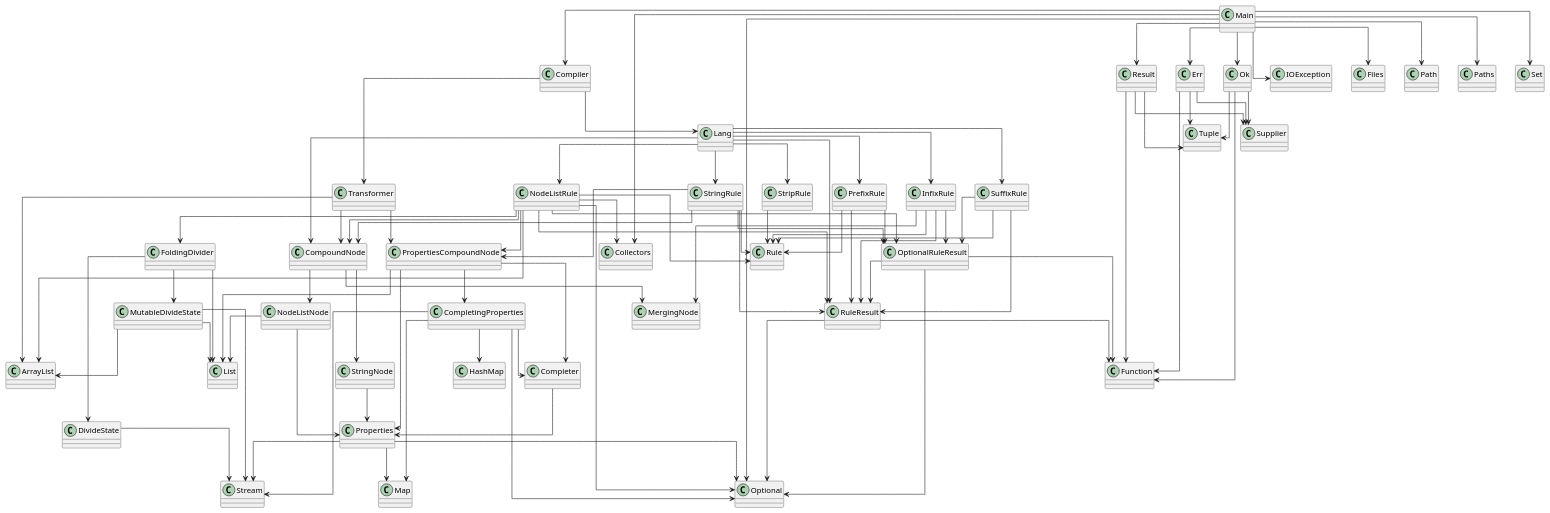
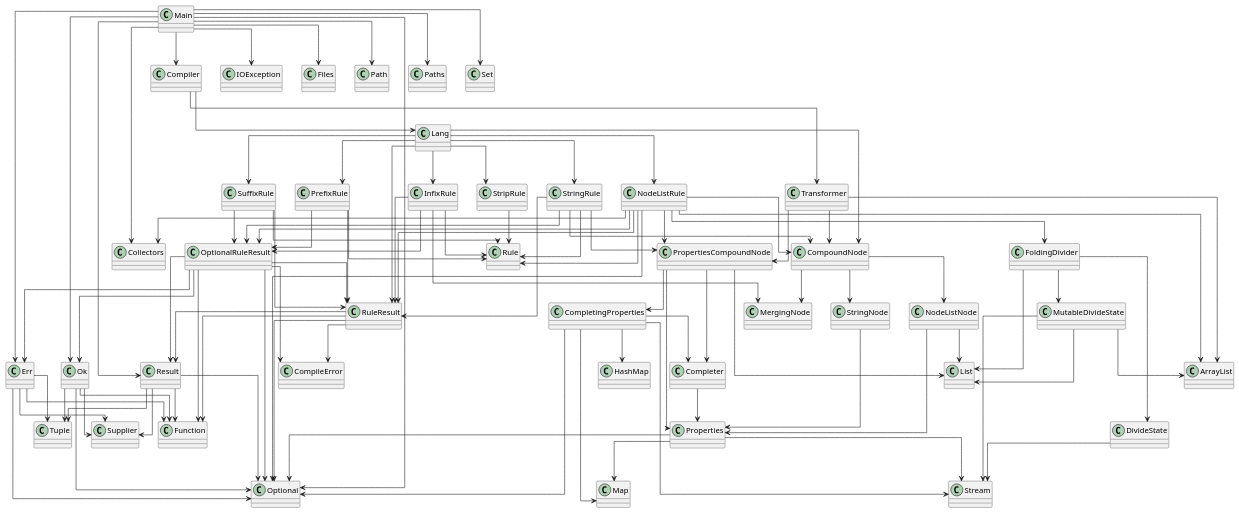
Before and after one commit to SirMathhman/Magma: the diagram in diagram.puml, drawn with PlantUML. The commit also changed 9 other files, not shown here.

Commit message:
Introduce CompileError

```diff
--- a/diagram.puml
+++ b/diagram.puml
@@ -1,120 +1,130 @@
 @startuml
 skinparam linetype ortho
 class Properties
 Properties --> Map
 Properties --> Optional
 Properties --> Stream
 class FoldingDivider
 FoldingDivider --> DivideState
 FoldingDivider --> MutableDivideState
 FoldingDivider --> List
+class CompileError
 class Transformer
 Transformer --> CompoundNode
 Transformer --> PropertiesCompoundNode
 Transformer --> ArrayList
 class Result
 Result --> Tuple
+Result --> Optional
 Result --> Function
 Result --> Supplier
 class DivideState
 DivideState --> Stream
 class InfixRule
 InfixRule --> Rule
 InfixRule --> MergingNode
 InfixRule --> RuleResult
 InfixRule --> OptionalRuleResult
 class NodeListRule
 NodeListRule --> Rule
 NodeListRule --> CompoundNode
 NodeListRule --> PropertiesCompoundNode
 NodeListRule --> FoldingDivider
 NodeListRule --> RuleResult
 NodeListRule --> OptionalRuleResult
 NodeListRule --> ArrayList
 NodeListRule --> Optional
 NodeListRule --> Collectors
 class RuleResult
+RuleResult --> Result
+RuleResult --> CompileError
 RuleResult --> Optional
 RuleResult --> Function
 class MergingNode
 class StringRule
 StringRule --> Rule
 StringRule --> CompoundNode
 StringRule --> PropertiesCompoundNode
 StringRule --> RuleResult
 StringRule --> OptionalRuleResult
 class Rule
 class PrefixRule
 PrefixRule --> Rule
 PrefixRule --> RuleResult
 PrefixRule --> OptionalRuleResult
 class Err
 Err --> Tuple
+Err --> Optional
 Err --> Function
 Err --> Supplier
 class CompoundNode
 CompoundNode --> MergingNode
 CompoundNode --> NodeListNode
 CompoundNode --> StringNode
 class MutableDivideState
 MutableDivideState --> ArrayList
 MutableDivideState --> List
 MutableDivideState --> Stream
 class Lang
 Lang --> CompoundNode
 Lang --> NodeListRule
 Lang --> InfixRule
 Lang --> PrefixRule
 Lang --> StringRule
 Lang --> StripRule
 Lang --> SuffixRule
 Lang --> RuleResult
 class CompletingProperties
 CompletingProperties --> Completer
 CompletingProperties --> HashMap
 CompletingProperties --> Map
 CompletingProperties --> Optional
 CompletingProperties --> Stream
 class Compiler
 Compiler --> Lang
 Compiler --> Transformer
 class Tuple
 class StringNode
 StringNode --> Properties
 class PropertiesCompoundNode
 PropertiesCompoundNode --> CompletingProperties
 PropertiesCompoundNode --> Properties
 PropertiesCompoundNode --> Completer
 PropertiesCompoundNode --> List
 class StripRule
 StripRule --> Rule
 class Completer
 Completer --> Properties
 class NodeListNode
 NodeListNode --> Properties
 NodeListNode --> List
 class OptionalRuleResult
+OptionalRuleResult --> Err
+OptionalRuleResult --> Ok
+OptionalRuleResult --> Result
+OptionalRuleResult --> CompileError
 OptionalRuleResult --> RuleResult
 OptionalRuleResult --> Optional
 OptionalRuleResult --> Function
 class Main
 Main --> Err
 Main --> Ok
 Main --> Result
 Main --> Compiler
 Main --> IOException
 Main --> Files
 Main --> Path
 Main --> Paths
 Main --> Optional
 Main --> Set
 Main --> Collectors
 class SuffixRule
 SuffixRule --> Rule
 SuffixRule --> RuleResult
 SuffixRule --> OptionalRuleResult
 class Ok
 Ok --> Tuple
+Ok --> Optional
 Ok --> Function
 Ok --> Supplier
 @enduml
```
